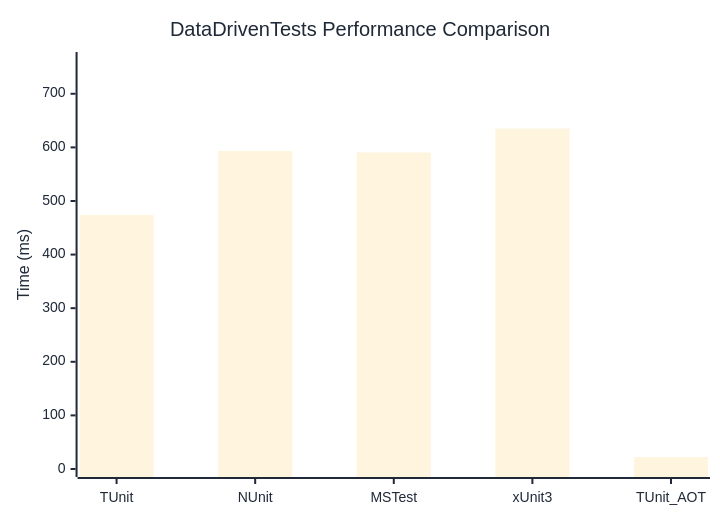
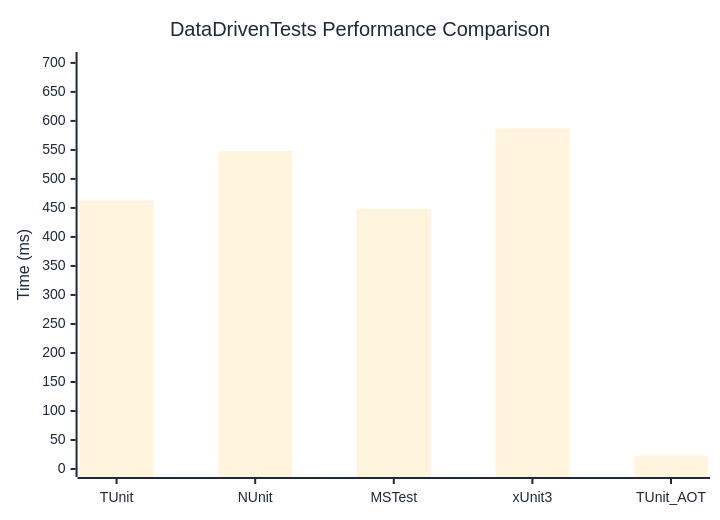
One commit to thomhurst/TUnit changed the diagram in docs/docs/benchmarks/DataDrivenTests.md. Above: the diagram before and after it, drawn with Mermaid. The commit also changed other lines of this file and 17 other files, not shown here.

````diff
--- a/docs/docs/benchmarks/DataDrivenTests.md
+++ b/docs/docs/benchmarks/DataDrivenTests.md
@@ -27,37 +27,37 @@
 ```mermaid
 %%{init: {
   'theme':'base',
   'themeVariables': {
     'primaryColor': '#2563eb',
     'primaryTextColor': '#1f2937',
     'primaryBorderColor': '#1e40af',
     'lineColor': '#6b7280',
     'secondaryColor': '#7c3aed',
     'tertiaryColor': '#dc2626',
     'background': '#ffffff',
     'mainBkg': '#2563eb',
     'secondBkg': '#7c3aed',
     'tertiaryBkg': '#dc2626',
     'clusterBkg': '#f3f4f6',
     'edgeLabelBackground': '#ffffff',
     'tertiaryTextColor': '#1f2937',
     'pie1': '#2563eb',
     'pie2': '#7c3aed',
     'pie3': '#dc2626',
     'pie4': '#f59e0b',
     'pie5': '#10b981',
     'pie6': '#06b6d4',
     'pie7': '#ec4899',
     'pie8': '#6366f1',
     'pie9': '#84cc16',
     'pie10': '#f97316',
     'pie11': '#14b8a6',
     'pie12': '#a855f7'
   }
 }}%%
 xychart-beta
   title "DataDrivenTests Performance Comparison"
   x-axis ["TUnit", "NUnit", "MSTest", "xUnit3", "TUnit_AOT"]
-  y-axis "Time (ms)" 0 --> 763
-  bar [473.79, 593.3, 590.47, 635.06, 22.25]
+  y-axis "Time (ms)" 0 --> 705
+  bar [462.62, 547.88, 448.62, 587.17, 23.17]
 ```
````
